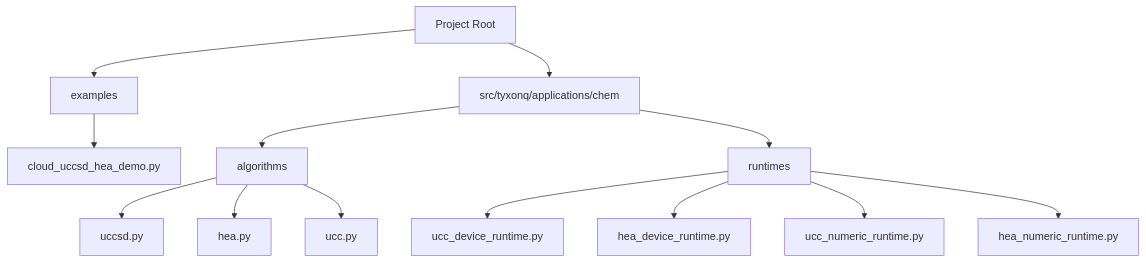
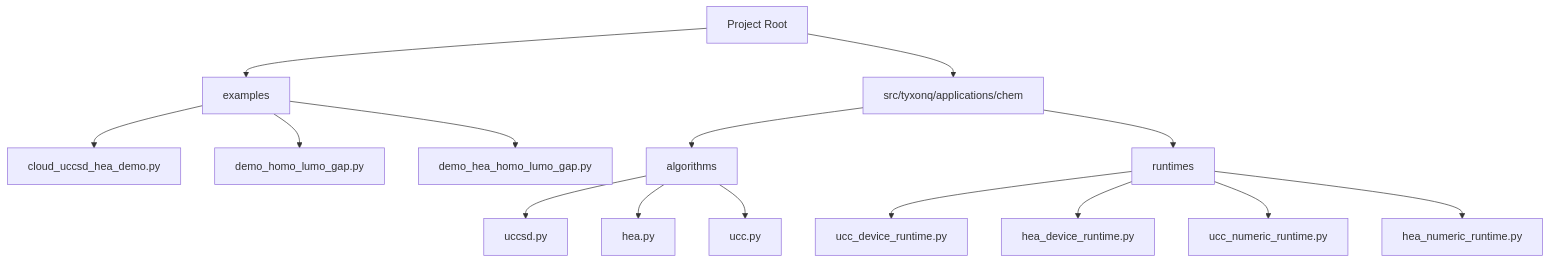
One commit to QureGenAI-Biotech/TyxonQ changed the first of 9 diagrams in .qoder/repowiki/en/content/Examples and Tutorials/Quantum Chemistry Examples/UCCSD and HEA Algorithm Examples.md. Above: the diagram before and after it, drawn with Mermaid. The commit also changed other lines of this file and 76 other files, not shown here.

````diff
--- a/.qoder/repowiki/en/content/Examples and Tutorials/Quantum Chemistry Examples/UCCSD and HEA Algorithm Examples.md
+++ b/.qoder/repowiki/en/content/Examples and Tutorials/Quantum Chemistry Examples/UCCSD and HEA Algorithm Examples.md
@@ -36,15 +40,17 @@
 ```mermaid
 graph TD
 A[Project Root] --> B[examples]
 A --> C[src/tyxonq/applications/chem]
 B --> D[cloud_uccsd_hea_demo.py]
-C --> E[algorithms]
-C --> F[runtimes]
-E --> G[uccsd.py]
-E --> H[hea.py]
-E --> I[ucc.py]
-F --> J[ucc_device_runtime.py]
-F --> K[hea_device_runtime.py]
-F --> L[ucc_numeric_runtime.py]
-F --> M[hea_numeric_runtime.py]
+B --> E[demo_homo_lumo_gap.py]
+B --> F[demo_hea_homo_lumo_gap.py]
+C --> G[algorithms]
+C --> H[runtimes]
+G --> I[uccsd.py]
+G --> J[hea.py]
+G --> K[ucc.py]
+H --> L[ucc_device_runtime.py]
+H --> M[hea_device_runtime.py]
+H --> N[ucc_numeric_runtime.py]
+H --> O[hea_numeric_runtime.py]
 ```
````
